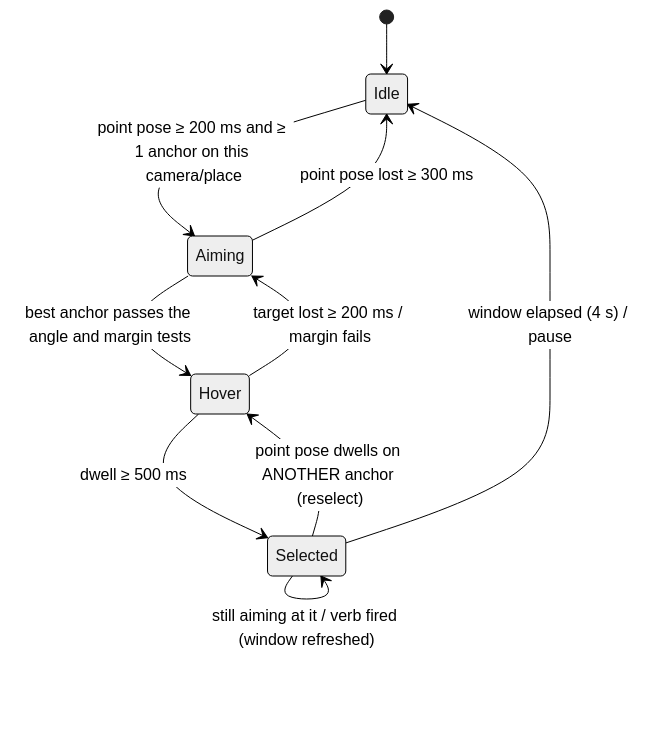
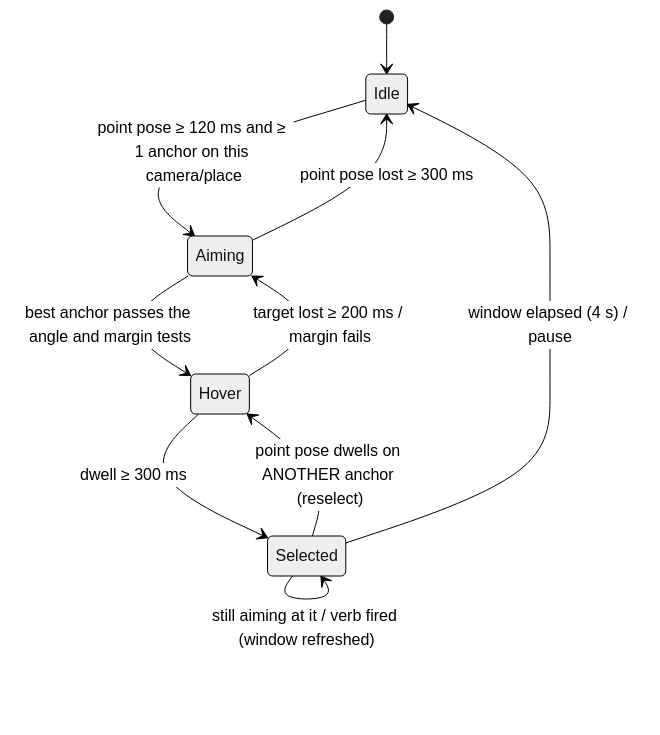
One commit to joselcaguilar/flick changed the diagram in docs/spec/09-device-targeting.md. Above: the diagram before and after it, drawn with Mermaid (neutral theme). The commit also changed other lines of this file and 10 other files, not shown here.

````diff
--- a/docs/spec/09-device-targeting.md
+++ b/docs/spec/09-device-targeting.md
@@ -41,12 +41,12 @@
 ```mermaid
 stateDiagram-v2
   [*] --> Idle
-  Idle --> Aiming: point pose ≥ 200 ms and ≥ 1 anchor on this camera/place
+  Idle --> Aiming: point pose ≥ 120 ms and ≥ 1 anchor on this camera/place
   Aiming --> Hover: best anchor passes the angle and margin tests
   Hover --> Aiming: target lost ≥ 200 ms / margin fails
-  Hover --> Selected: dwell ≥ 500 ms
+  Hover --> Selected: dwell ≥ 300 ms
   Selected --> Selected: still aiming at it / verb fired (window refreshed)
   Selected --> Hover: point pose dwells on ANOTHER anchor (reselect)
   Selected --> Idle: window elapsed (4 s) / pause
   Aiming --> Idle: point pose lost ≥ 300 ms
 ```
````
